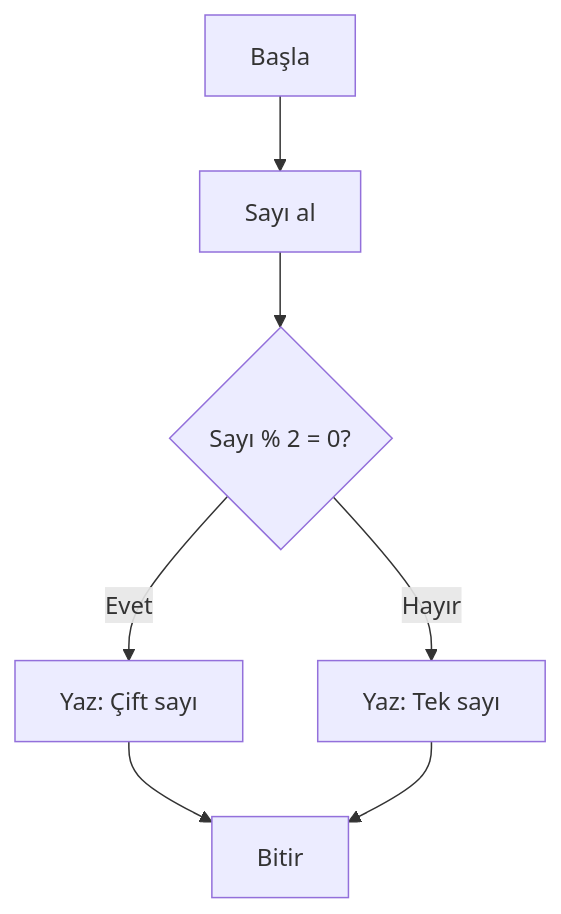
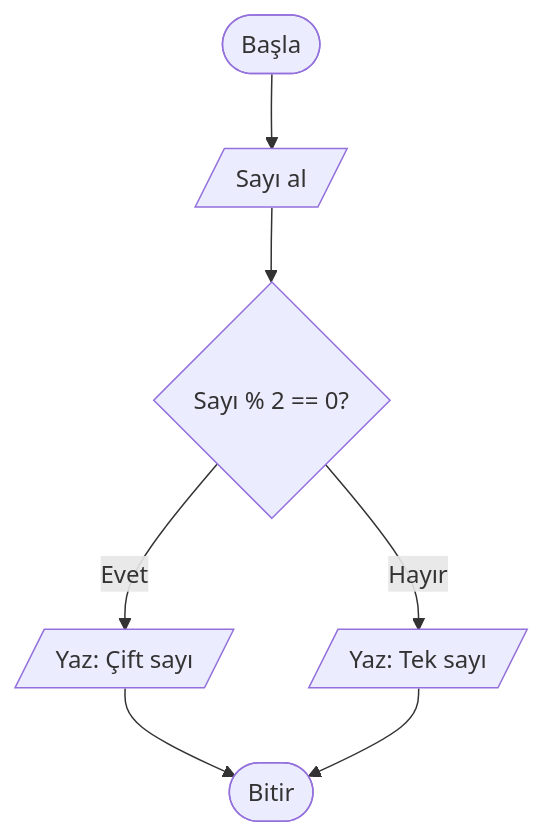
The second of 2 diagrams in Topics/02-What-Is-Flowchart.md (abdullatifkaban/Algorithm), drawn with Mermaid before and after one commit. The commit also changed other lines of this file and 23 other files, not shown here.

````diff
--- a/Topics/02-What-Is-Flowchart.md
+++ b/Topics/02-What-Is-Flowchart.md
@@ -162,9 +156,9 @@
 ```mermaid
 flowchart TD
-    A[Başla] --> B[Sayı al]
-    B --> C{Sayı % 2 = 0?}
-    C -->|Evet| D[Yaz: Çift sayı]
-    C -->|Hayır| E[Yaz: Tek sayı]
-    D --> F[Bitir]
+    A([Başla]) --> B[/Sayı al/]
+    B --> C{Sayı % 2 == 0?}
+    C -- Evet --> D[/Yaz: Çift sayı/]
+    C -- Hayır --> E[/Yaz: Tek sayı/]
+    D --> F([Bitir])
     E --> F
 ```
````
